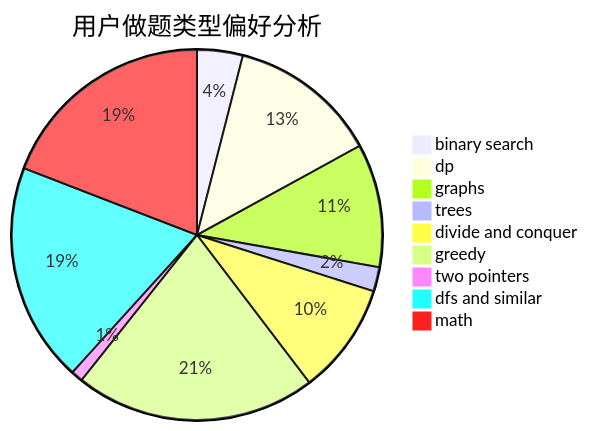
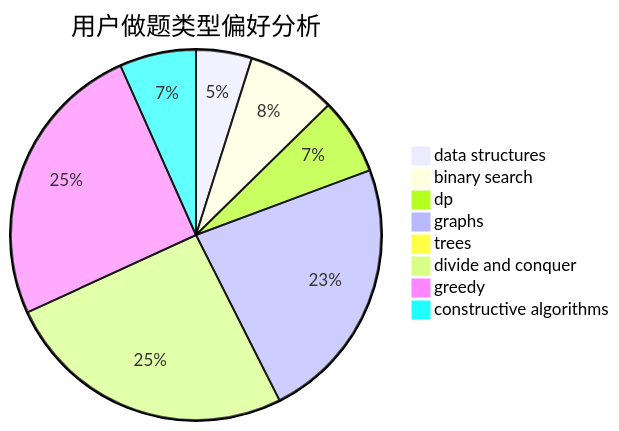
The second of 3 diagrams in docs/user/u440.md (sherpahu/cfrs.github.io), drawn with Mermaid before and after one commit. The commit also changed other lines of this file and 2775 other files, not shown here.

````diff
--- a/docs/user/u440.md
+++ b/docs/user/u440.md
@@ -23,12 +23,11 @@
 ```mermaid
 pie title 用户做题类型偏好分析
-    "binary search" :  81
-    "dp" :  265
-    "graphs" :  219
-    "trees" :  43
-    "divide and conquer" :  198
-    "greedy" :  428
-    "two pointers" :  21
-    "dfs and similar" :  389
-    "math" :  389
+    "data structures" :  35
+    "binary search" :  56
+    "dp" :  48
+    "graphs" :  167
+    "trees" :  5
+    "divide and conquer" :  184
+    "greedy" :  181
+    "constructive algorithms" :  48
 ```
````
